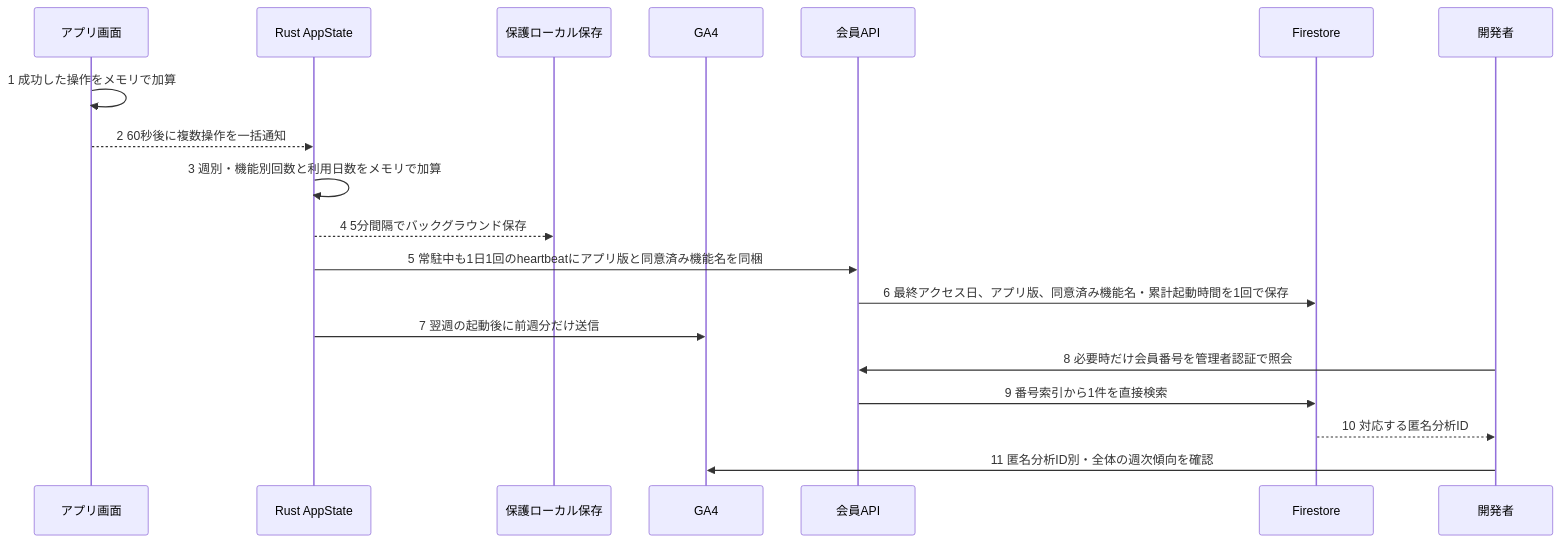
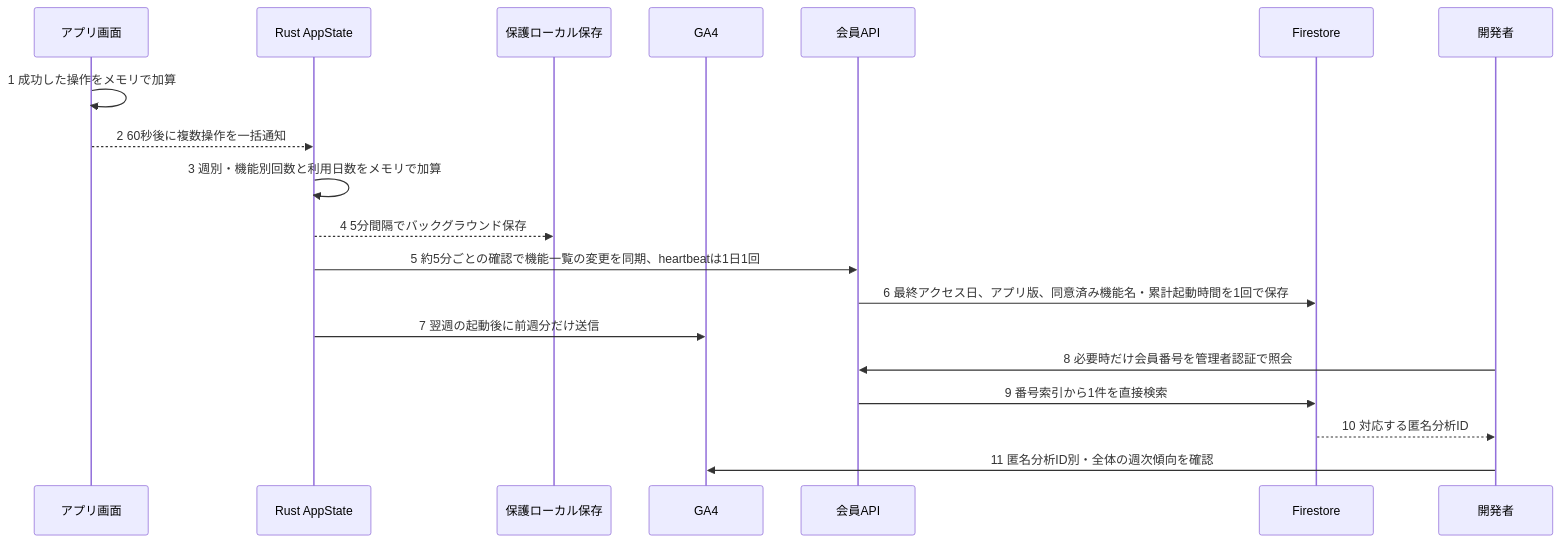
One commit to ore-no-fusen/ore-no-fusen changed the third of 4 diagrams in docs-v2/009_MEMBERSHIP.md. Above: the diagram before and after it, drawn with Mermaid. The commit also changed other lines of this file and 3 other files, not shown here.

````diff
--- a/docs-v2/009_MEMBERSHIP.md
+++ b/docs-v2/009_MEMBERSHIP.md
@@ -83,21 +83,21 @@
 ```mermaid
 sequenceDiagram
     participant UI as アプリ画面
     participant Rust as Rust AppState
     participant Local as 保護ローカル保存
     participant GA as GA4
     participant API as 会員API
     participant DB as Firestore
     participant Owner as 開発者
     UI->>UI: 1 成功した操作をメモリで加算
     UI-->>Rust: 2 60秒後に複数操作を一括通知
     Rust->>Rust: 3 週別・機能別回数と利用日数をメモリで加算
     Rust-->>Local: 4 5分間隔でバックグラウンド保存
-    Rust->>API: 5 常駐中も1日1回のheartbeatにアプリ版と同意済み機能名を同梱
+    Rust->>API: 5 約5分ごとの確認で機能一覧の変更を同期、heartbeatは1日1回
     API->>DB: 6 最終アクセス日、アプリ版、同意済み機能名・累計起動時間を1回で保存
     Rust->>GA: 7 翌週の起動後に前週分だけ送信
     Owner->>API: 8 必要時だけ会員番号を管理者認証で照会
     API->>DB: 9 番号索引から1件を直接検索
     DB-->>Owner: 10 対応する匿名分析ID
     Owner->>GA: 11 匿名分析ID別・全体の週次傾向を確認
 ```
````
